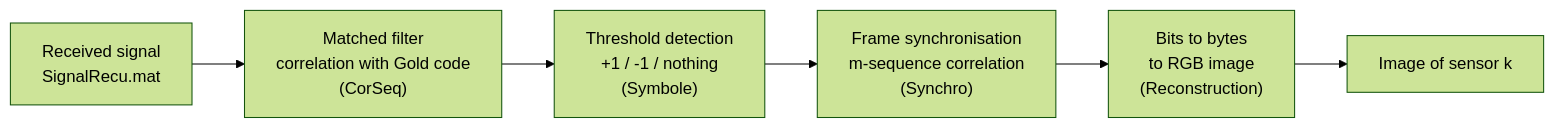
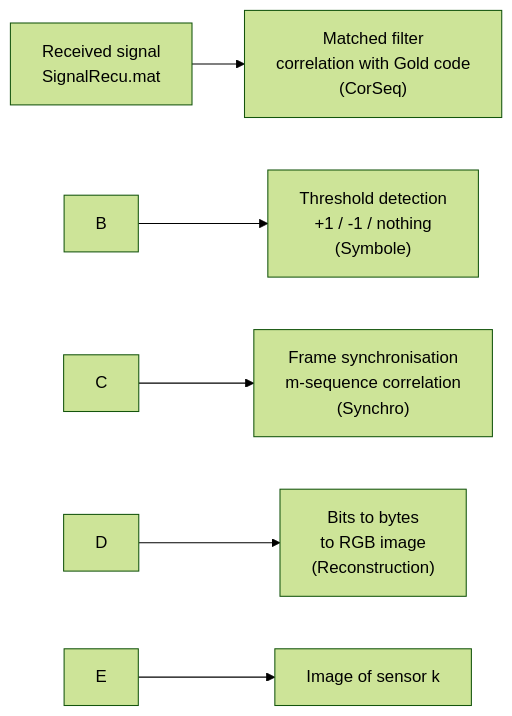
The diagram in README.md (talyoucef/cdma-gold-sensor-demodulation), drawn with Mermaid (forest theme) before and after one commit. The commit also changed other lines of this file, not shown here.

Commit message:
Add CDMA demodulation project with Gold sequences

````diff
--- a/README.md
+++ b/README.md
@@ -49,8 +49,8 @@
 ```mermaid
 flowchart LR
-    A["Received signal<br/>SignalRecu.mat"] --> B["Matched filter<br/>correlation with Gold code<br/>(CorSeq)"]
-    B --> C["Threshold detection<br/>+1 / -1 / nothing<br/>(Symbole)"]
-    C --> D["Frame synchronisation<br/>m-sequence correlation<br/>(Synchro)"]
-    D --> E["Bits to bytes<br/>to RGB image<br/>(Reconstruction)"]
-    E --> F["Image of sensor k"]
+    A\["Received signal<br/>SignalRecu.mat"] --> B\["Matched filter<br/>correlation with Gold code<br/>(CorSeq)"]
+    B --> C\["Threshold detection<br/>+1 / -1 / nothing<br/>(Symbole)"]
+    C --> D\["Frame synchronisation<br/>m-sequence correlation<br/>(Synchro)"]
+    D --> E\["Bits to bytes<br/>to RGB image<br/>(Reconstruction)"]
+    E --> F\["Image of sensor k"]
 ```
````
